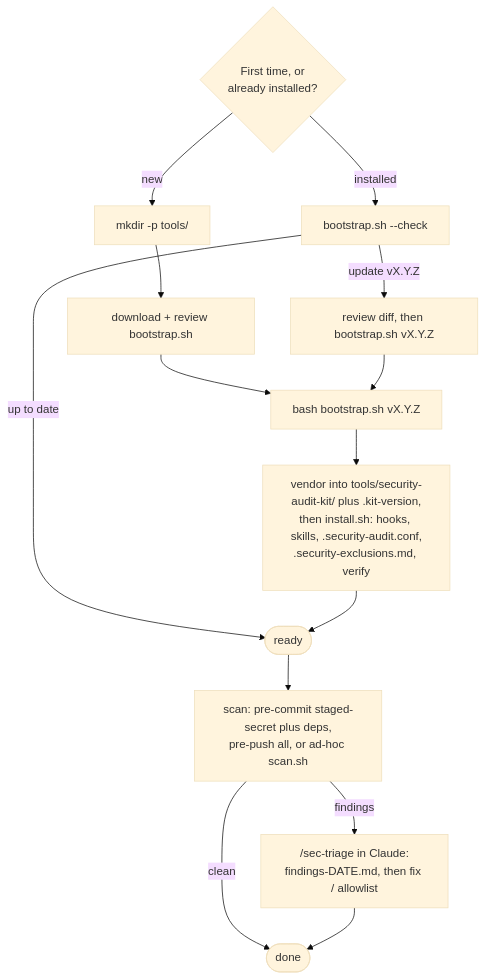
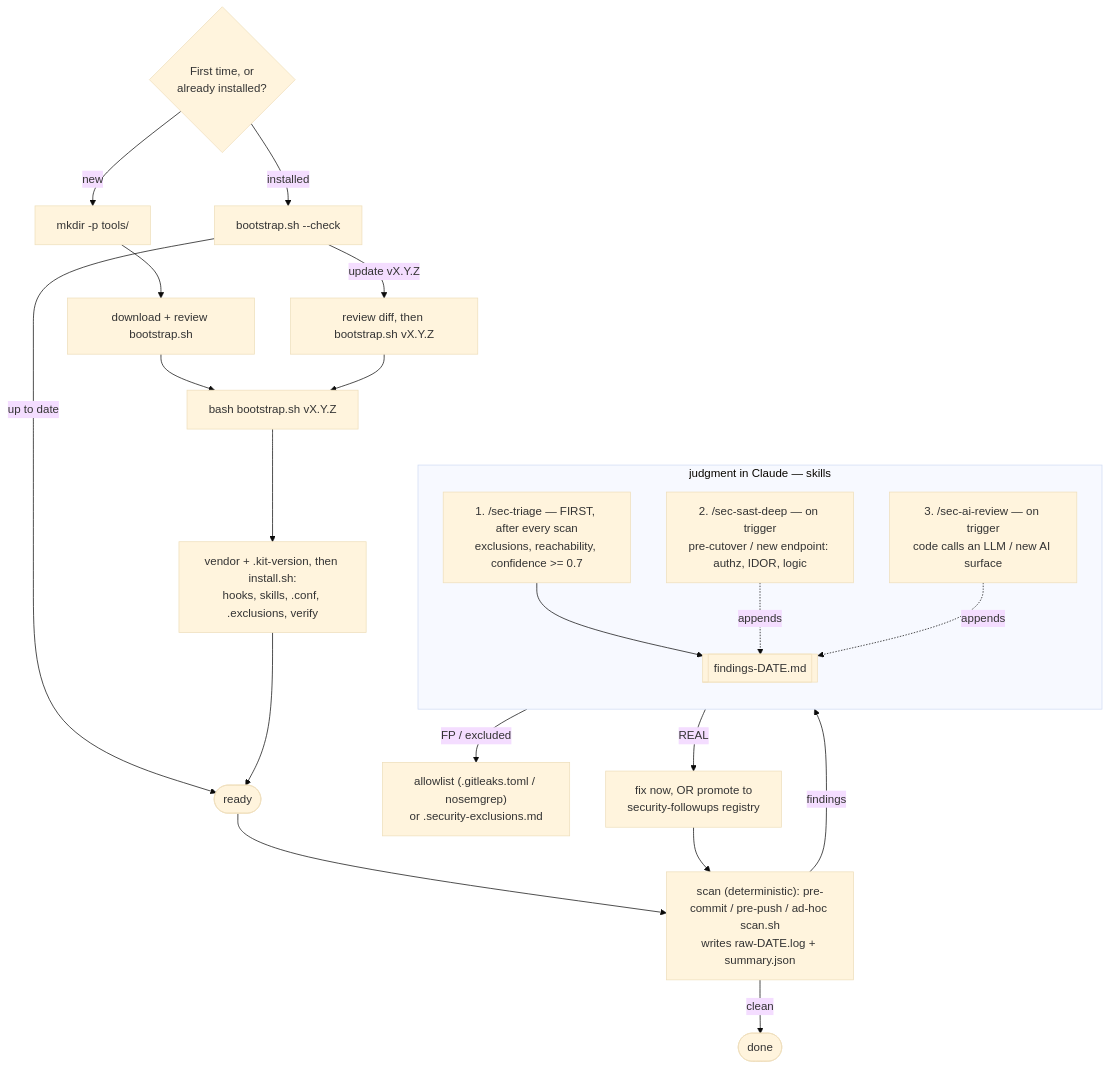
Before and after one commit to boraeresici/security-audit-kit: the diagram in README-tr.md, drawn with Mermaid (base theme). The commit also changed other lines of this file and 2 other files, not shown here.

Commit message:
docs: expand lifecycle diagram with skill-call flow (sec-triage first)
Show which skill runs first and what its output does: /sec-triage runs after every scan
(writes findings-DATE.md, splits FP->allowlist/exclusions vs REAL->fix/follow-up);
/sec-sast-deep and /sec-ai-review are trigger-based deeper passes that append to the same
file. Inline mermaid kept (renders natively on GitHub); regenerated CHECKSUMS.

````diff
--- a/README-tr.md
+++ b/README-tr.md
@@ -31,17 +31,31 @@
 ```mermaid
 flowchart TD
     Q{First time, or<br/>already installed?}
     Q -->|new| N1["mkdir -p tools/"]
     N1 --> N2["download + review bootstrap.sh"]
     N2 --> B["bash bootstrap.sh vX.Y.Z"]
     Q -->|installed| C["bootstrap.sh --check"]
     C -->|up to date| R
     C -->|update vX.Y.Z| RV["review diff, then bootstrap.sh vX.Y.Z"]
     RV --> B
-    B --> I["vendor into tools/security-audit-kit/ plus .kit-version,<br/>then install.sh: hooks, skills, .security-audit.conf,<br/>.security-exclusions.md, verify"]
+    B --> I["vendor + .kit-version, then install.sh:<br/>hooks, skills, .conf, .exclusions, verify"]
     I --> R(["ready"])
-    R --> S["scan: pre-commit staged-secret plus deps,<br/>pre-push all, or ad-hoc scan.sh"]
-    S -->|findings| T["/sec-triage in Claude:<br/>findings-DATE.md, then fix / allowlist"]
+
+    R --> S["scan (deterministic): pre-commit / pre-push / ad-hoc scan.sh<br/>writes raw-DATE.log + summary.json"]
     S -->|clean| D(["done"])
-    T --> D
+    S -->|findings| T1
+
+    subgraph JUDGE["judgment in Claude — skills"]
+      direction TB
+      T1["1. /sec-triage — FIRST, after every scan<br/>exclusions, reachability, confidence >= 0.7"]
+      DEEP["2. /sec-sast-deep — on trigger<br/>pre-cutover / new endpoint: authz, IDOR, logic"]
+      AIR["3. /sec-ai-review — on trigger<br/>code calls an LLM / new AI surface"]
+      T1 --> F[["findings-DATE.md"]]
+      DEEP -. appends .-> F
+      AIR -. appends .-> F
+    end
+
+    F -->|FP / excluded| AL["allowlist (.gitleaks.toml / nosemgrep)<br/>or .security-exclusions.md"]
+    F -->|REAL| FX["fix now, OR promote to<br/>security-followups registry"]
+    FX --> S
 ```
````
